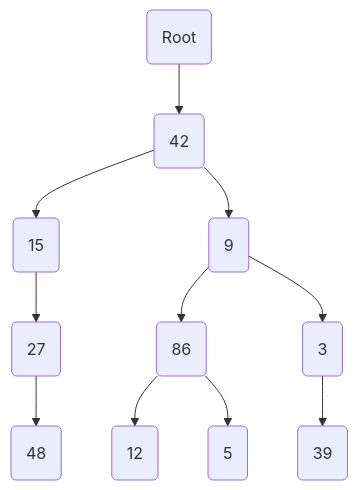
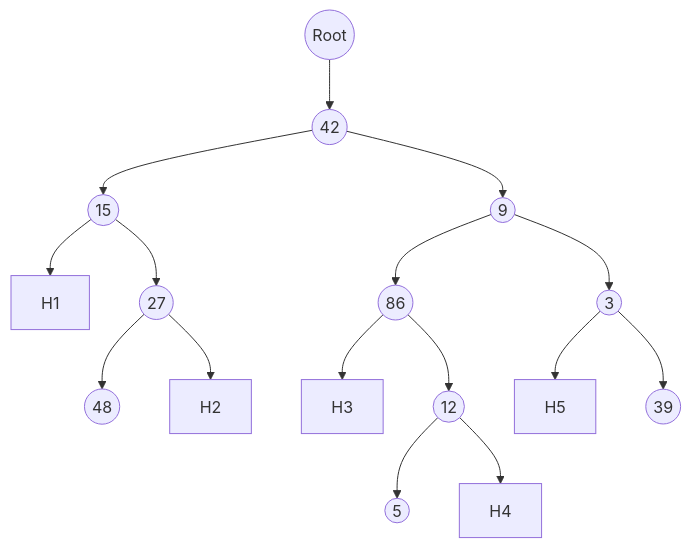
Before and after one commit to jayshozie/ceng301: the first of 4 diagrams in lecture-notes/w07.md, drawn with Mermaid. The commit also changed other lines of this file, not shown here.

Commit message:
nrt in w07

````diff
--- a/lecture-notes/w07.md
+++ b/lecture-notes/w07.md
@@ -181,16 +181,21 @@
 ```mermaid
-graph TD
+graph TB
 
-    A(Root) --> B(42)
-    B -->C(15)
-    B -->D(9)
-    C -->E(27)
-    E -->F(48)
+A((Root)) --> B((42))
+B --> C((15))
+B --> D((9))
+C --> H1:::hidden
+C --> E((27))
+E --> F((48))
+E --> H2:::hidden
 
-    D -->G(86)
-    D -->H(3)
-    G -->I(12)
-    G -->J(5)
+D --> G((86))
+D --> H((3))
+G --> H3:::hidden
+G --> I((12))
+I --> J((5))
+I --> H4:::hidden
 
-    H -->K(39)
+H --> H5:::hidden
+H --> K((39))
 ```
````
